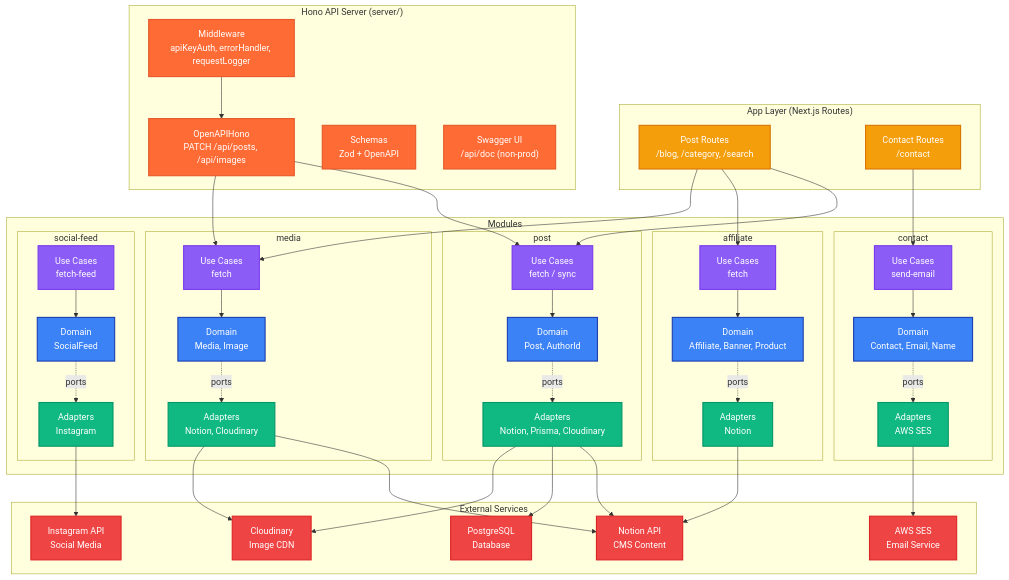
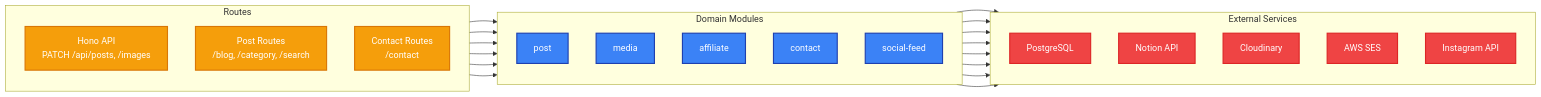
The second of 3 diagrams in apps/blog/README.md (k2bg-technology/k2bg-branding), drawn with Mermaid before and after one commit. The commit also changed other lines of this file and 2 other files, not shown here.

Commit message:
📝 Docs: Simplify Mermaid diagrams in README documentation
Reduces complexity and nesting in architecture diagrams across
monorepo root, blog, and portfolio READMEs for better readability.

Consolidates verbose subgraph structures into flatter layouts,
shortens node labels, and groups related items more logically.

Adds clickable links to module specification files in blog README
for easier navigation to detailed documentation.

````diff
--- a/apps/blog/README.md
+++ b/apps/blog/README.md
@@ -138,97 +162,55 @@
 ```mermaid
-flowchart TB
-    subgraph "External Services"
-        Notion["Notion API<br/>CMS Content"]
-        PostgreSQL["PostgreSQL<br/>Database"]
-        Cloudinary["Cloudinary<br/>Image CDN"]
-        AWSSES["AWS SES<br/>Email Service"]
-        Instagram["Instagram API<br/>Social Media"]
-    end
-
-    subgraph "App Layer (Next.js Routes)"
+flowchart LR
+    subgraph routes["Routes"]
+        direction TB
+        HonoAPI["Hono API<br/>PATCH /api/posts, /images"]
         PostRoutes["Post Routes<br/>/blog, /category, /search"]
         ContactRoutes["Contact Routes<br/>/contact"]
     end
 
-    subgraph "Hono API Server (server/)"
-        APIRoutes["OpenAPIHono<br/>PATCH /api/posts, /api/images"]
-        Middleware["Middleware<br/>apiKeyAuth, errorHandler, requestLogger"]
-        Schemas["Schemas<br/>Zod + OpenAPI"]
-        SwaggerUI["Swagger UI<br/>/api/doc (non-prod)"]
+    subgraph modules["Domain Modules"]
+        direction TB
+        Post["post"]
+        Media["media"]
+        Affiliate["affiliate"]
+        Contact["contact"]
+        SocialFeed["social-feed"]
     end
 
-    subgraph "Modules"
-        subgraph "post"
-            PostUseCases["Use Cases<br/>fetch / sync"]
-            PostDomain["Domain<br/>Post, AuthorId"]
-            PostAdapters["Adapters<br/>Notion, Prisma, Cloudinary"]
-        end
-
-        subgraph "contact"
-            ContactUseCases["Use Cases<br/>send-email"]
-            ContactDomain["Domain<br/>Contact, Email, Name"]
-            ContactAdapters["Adapters<br/>AWS SES"]
-        end
-
-        subgraph "affiliate"
-            AffiliateUseCases["Use Cases<br/>fetch"]
-            AffiliateDomain["Domain<br/>Affiliate, Banner, Product"]
-            AffiliateAdapters["Adapters<br/>Notion"]
-        end
-
-        subgraph "media"
-            MediaUseCases["Use Cases<br/>fetch"]
-            MediaDomain["Domain<br/>Media, Image"]
-            MediaAdapters["Adapters<br/>Notion, Cloudinary"]
-        end
-
-        subgraph "social-feed"
-            SocialFeedUseCases["Use Cases<br/>fetch-feed"]
-            SocialFeedDomain["Domain<br/>SocialFeed"]
-            SocialFeedAdapters["Adapters<br/>Instagram"]
-        end
+    subgraph services["External Services"]
+        direction TB
+        PostgreSQL["PostgreSQL"]
+        Notion["Notion API"]
+        Cloudinary["Cloudinary"]
+        AWSSES["AWS SES"]
+        Instagram["Instagram API"]
     end
 
-    PostRoutes --> PostUseCases
-    PostRoutes --> AffiliateUseCases
-    PostRoutes --> MediaUseCases
-    ContactRoutes --> ContactUseCases
-    Middleware --> APIRoutes
-    APIRoutes --> PostUseCases
-    APIRoutes --> MediaUseCases
+    HonoAPI --> Post
+    HonoAPI --> Media
+    PostRoutes --> Post
+    PostRoutes --> Media
+    PostRoutes --> Affiliate
+    ContactRoutes --> Contact
 
-    PostUseCases --> PostDomain
-    ContactUseCases --> ContactDomain
-    AffiliateUseCases --> AffiliateDomain
-    MediaUseCases --> MediaDomain
-    SocialFeedUseCases --> SocialFeedDomain
+    Post --> PostgreSQL
+    Post --> Notion
+    Post --> Cloudinary
+    Media --> Notion
+    Media --> Cloudinary
+    Affiliate --> Notion
+    Contact --> AWSSES
+    SocialFeed --> Instagram
 
-    PostDomain -.->|ports| PostAdapters
-    ContactDomain -.->|ports| ContactAdapters
-    AffiliateDomain -.->|ports| AffiliateAdapters
-    MediaDomain -.->|ports| MediaAdapters
-    SocialFeedDomain -.->|ports| SocialFeedAdapters
+    click Post "specs/post.spec.md" "Post specification"
+    click Media "specs/media.spec.md" "Media specification"
+    click Affiliate "specs/affiliate.spec.md" "Affiliate specification"
 
-    PostAdapters --> Notion
-    PostAdapters --> PostgreSQL
-    PostAdapters --> Cloudinary
-    ContactAdapters --> AWSSES
-    AffiliateAdapters --> Notion
-    MediaAdapters --> Notion
-    MediaAdapters --> Cloudinary
-    SocialFeedAdapters --> Instagram
+    classDef routeStyle fill:#F59E0B,stroke:#D97706,stroke-width:2px,color:#fff
+    classDef moduleStyle fill:#3B82F6,stroke:#1E40AF,stroke-width:2px,color:#fff
+    classDef serviceStyle fill:#EF4444,stroke:#DC2626,stroke-width:2px,color:#fff
 
-    classDef appStyle fill:#F59E0B,stroke:#D97706,stroke-width:2px,color:#fff
-    classDef honoStyle fill:#FF6B35,stroke:#E55A2B,stroke-width:2px,color:#fff
-    classDef useCaseStyle fill:#8B5CF6,stroke:#7C3AED,stroke-width:2px,color:#fff
-    classDef domainStyle fill:#3B82F6,stroke:#1E40AF,stroke-width:2px,color:#fff
-    classDef adapterStyle fill:#10B981,stroke:#059669,stroke-width:2px,color:#fff
-    classDef externalStyle fill:#EF4444,stroke:#DC2626,stroke-width:2px,color:#fff
-
-    class PostRoutes,ContactRoutes appStyle
-    class APIRoutes,Middleware,Schemas,SwaggerUI honoStyle
-    class PostUseCases,ContactUseCases,AffiliateUseCases,MediaUseCases,SocialFeedUseCases useCaseStyle
-    class PostDomain,ContactDomain,AffiliateDomain,MediaDomain,SocialFeedDomain domainStyle
-    class PostAdapters,ContactAdapters,AffiliateAdapters,MediaAdapters,SocialFeedAdapters adapterStyle
-    class Notion,PostgreSQL,Cloudinary,AWSSES,Instagram externalStyle
+    class PostRoutes,ContactRoutes,HonoAPI routeStyle
+    class Post,Contact,Affiliate,Media,SocialFeed moduleStyle
+    class Notion,PostgreSQL,Cloudinary,AWSSES,Instagram serviceStyle
 ```
````
